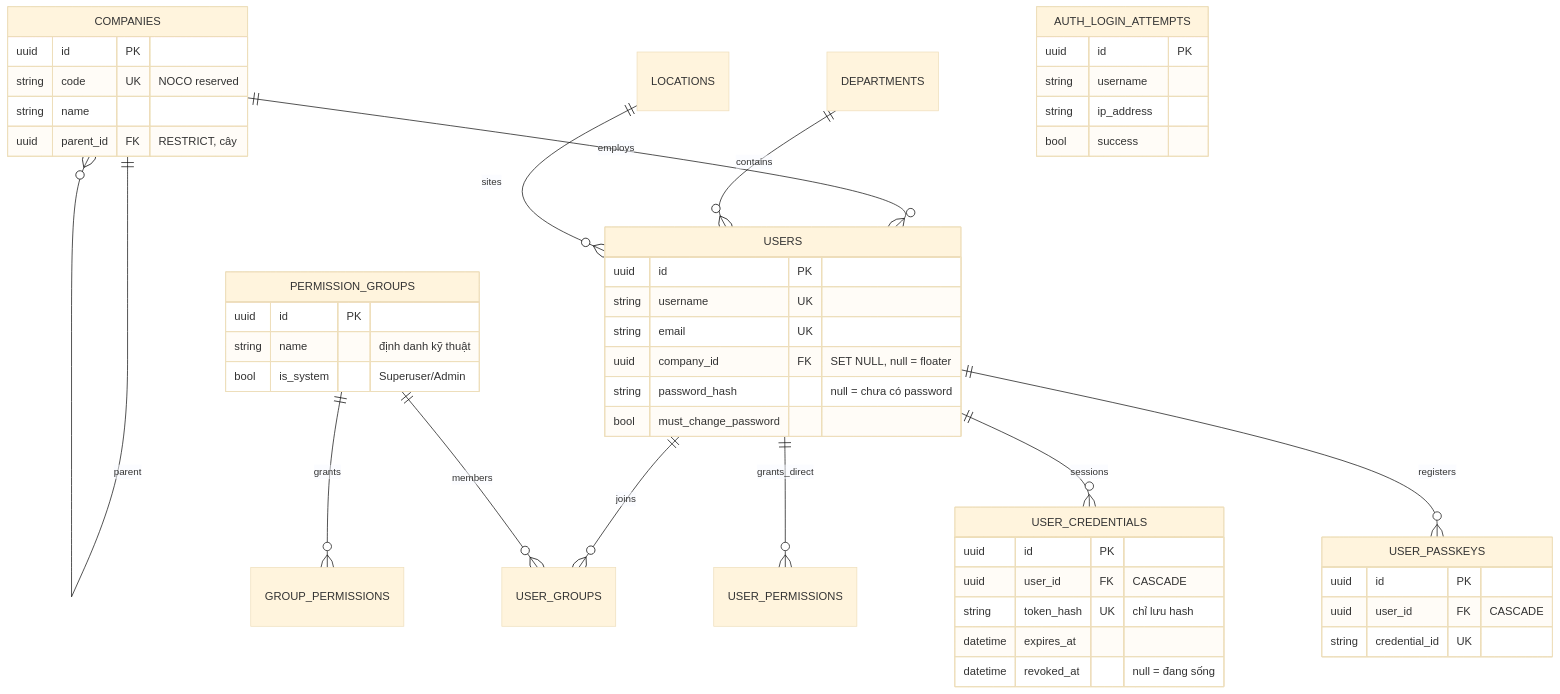
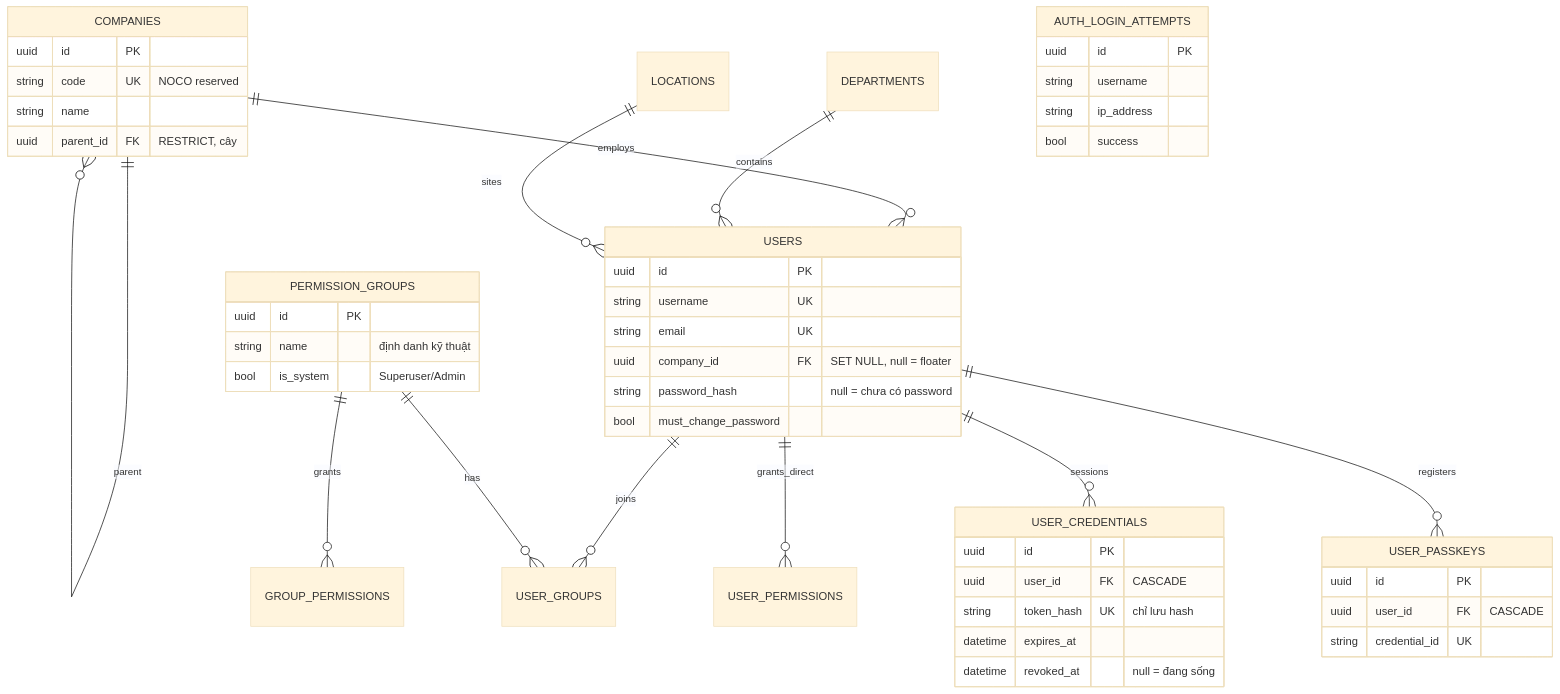
The diagram in docs/guide/08-erd-nguoi-dung-phan-quyen.md (toannd18/mirats), drawn with Mermaid (base theme) before and after one commit. The commit also changed 7 other files, not shown here.

Commit message:
docs(guide): flowchart thay C4 vo + rut gon sequence + ERD khop snapshot

````diff
--- a/docs/guide/08-erd-nguoi-dung-phan-quyen.md
+++ b/docs/guide/08-erd-nguoi-dung-phan-quyen.md
@@ -13,51 +13,51 @@
 ```mermaid
 erDiagram
     COMPANIES ||--o{ COMPANIES : parent
     COMPANIES ||--o{ USERS : employs
     DEPARTMENTS ||--o{ USERS : contains
     LOCATIONS ||--o{ USERS : sites
     USERS ||--o{ USER_GROUPS : joins
-    PERMISSION_GROUPS ||--o{ USER_GROUPS : members
+    PERMISSION_GROUPS ||--o{ USER_GROUPS : has
     PERMISSION_GROUPS ||--o{ GROUP_PERMISSIONS : grants
     USERS ||--o{ USER_PERMISSIONS : grants_direct
     USERS ||--o{ USER_CREDENTIALS : sessions
     USERS ||--o{ USER_PASSKEYS : registers
 
     COMPANIES {
         uuid id PK
         string code UK "NOCO reserved"
         string name
         uuid parent_id FK "RESTRICT, cây"
     }
     USERS {
         uuid id PK
         string username UK
         string email UK
         uuid company_id FK "SET NULL, null = floater"
         string password_hash "null = chưa có password"
         bool must_change_password
     }
     PERMISSION_GROUPS {
         uuid id PK
         string name "định danh kỹ thuật"
         bool is_system "Superuser/Admin"
     }
     USER_CREDENTIALS {
         uuid id PK
         uuid user_id FK "CASCADE"
         string token_hash UK "chỉ lưu hash"
         datetime expires_at
         datetime revoked_at "null = đang sống"
     }
     USER_PASSKEYS {
         uuid id PK
         uuid user_id FK "CASCADE"
         string credential_id UK
     }
     AUTH_LOGIN_ATTEMPTS {
         uuid id PK
         string username
         string ip_address
         bool success
     }
 ```
````
